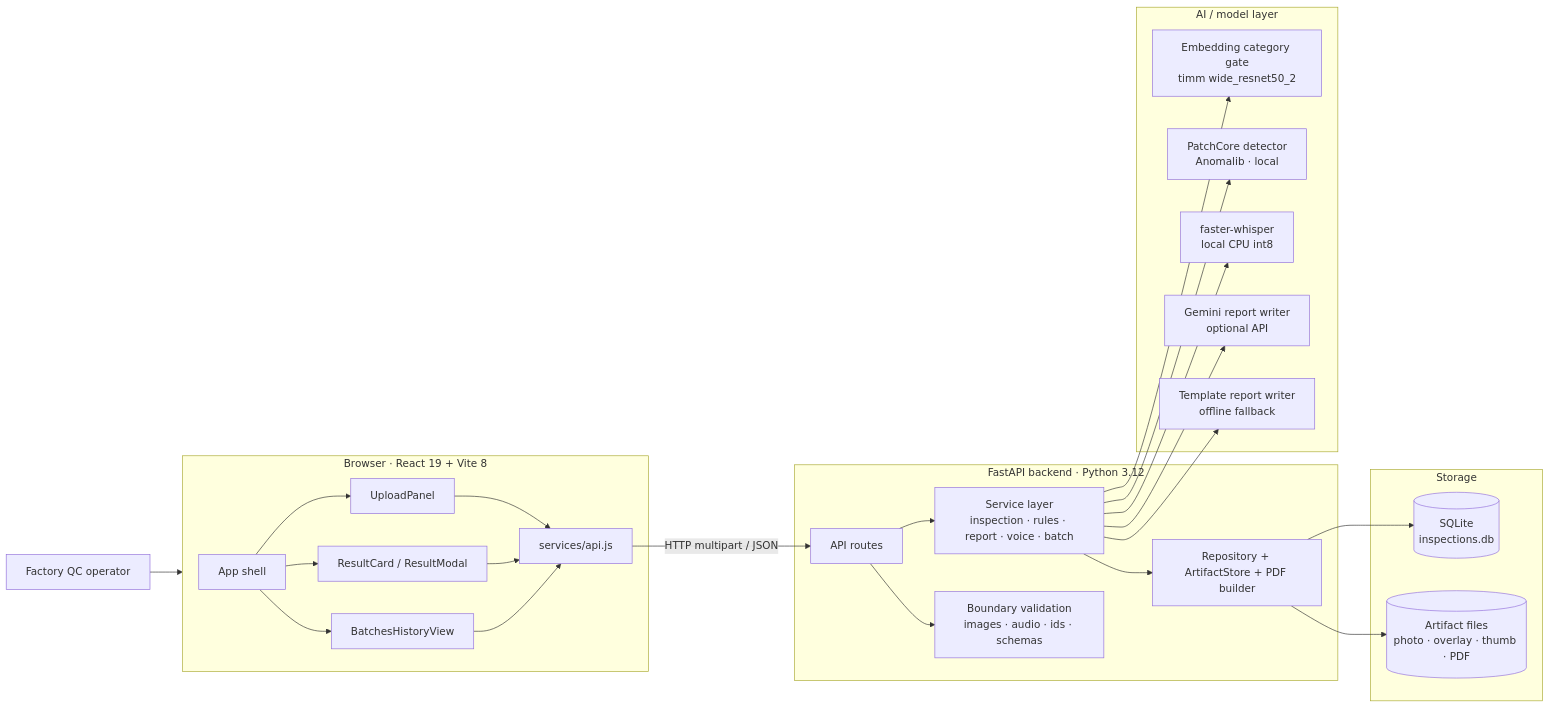
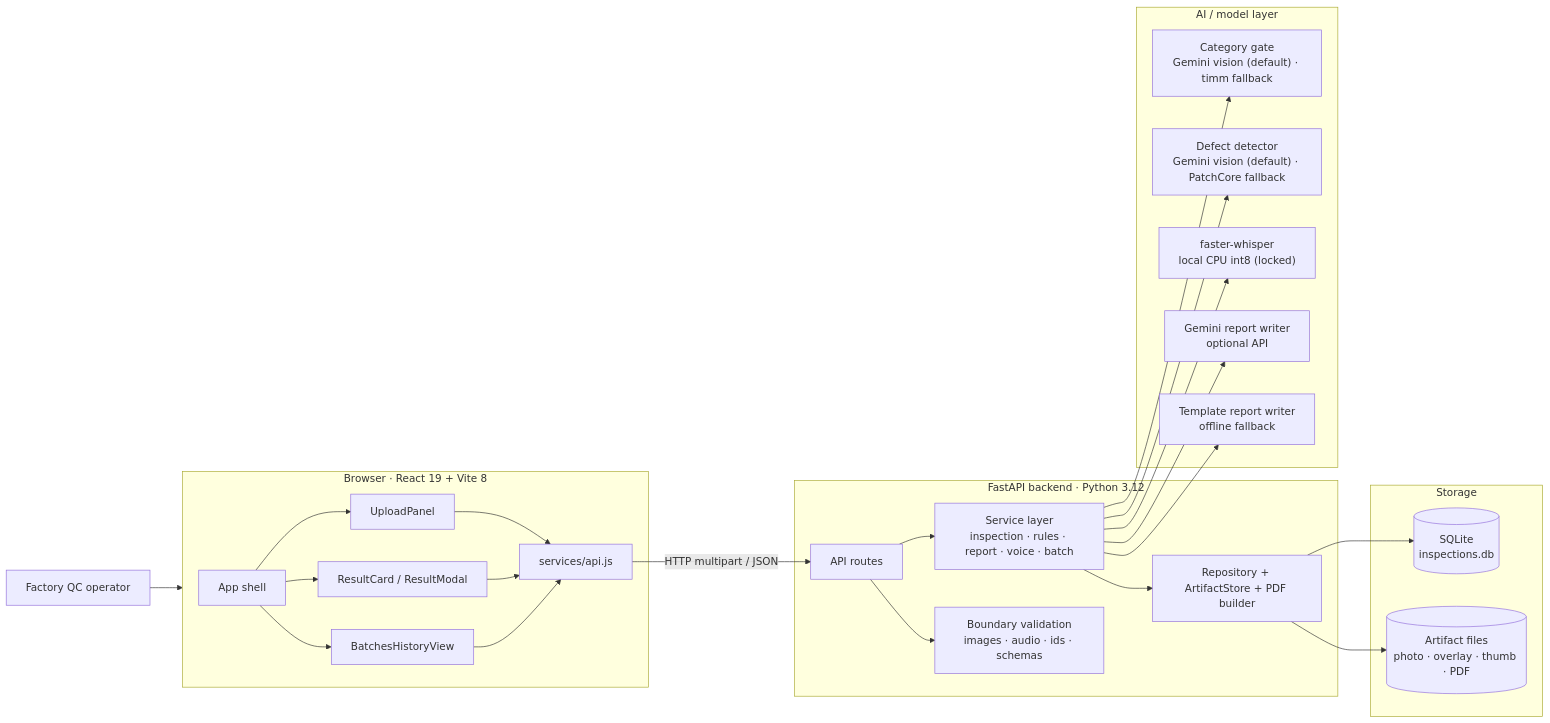
One commit to sara-wpbrigade/Visual-Defect-Inspector changed the first of 3 diagrams in docs/ARCHITECTURE.md. Above: the diagram before and after it, drawn with Mermaid. The commit also changed other lines of this file and 3 other files, not shown here.

Commit message:
Update README, architecture docs, diagram and test cases

````diff
--- a/docs/ARCHITECTURE.md
+++ b/docs/ARCHITECTURE.md
@@ -10,50 +10,50 @@
 ```mermaid
 flowchart LR
   Operator["Factory QC operator"] --> Browser
 
   subgraph Browser["Browser · React 19 + Vite 8"]
     Shell["App shell"]
     Upload["UploadPanel"]
     Result["ResultCard / ResultModal"]
     Batches["BatchesHistoryView"]
     Client["services/api.js"]
     Shell --> Upload
     Shell --> Result
     Shell --> Batches
     Upload --> Client
     Result --> Client
     Batches --> Client
   end
 
   subgraph Backend["FastAPI backend · Python 3.12"]
     Routes["API routes"]
     Services["Service layer<br/>inspection · rules · report · voice · batch"]
     Boundary["Boundary validation<br/>images · audio · ids · schemas"]
     Data["Repository + ArtifactStore + PDF builder"]
     Routes --> Boundary
     Routes --> Services
     Services --> Data
   end
 
-  subgraph Models["AI / model layer"]
-    Gate["Embedding category gate<br/>timm wide_resnet50_2"]
-    PatchCore["PatchCore detector<br/>Anomalib · local"]
-    Whisper["faster-whisper<br/>local CPU int8"]
+subgraph Models["AI / model layer"]
+    Gate["Category gate<br/>Gemini vision (default) · timm fallback"]
+    Detector["Defect detector<br/>Gemini vision (default) · PatchCore fallback"]
+    Whisper["faster-whisper<br/>local CPU int8 (locked)"]
     Gemini["Gemini report writer<br/>optional API"]
     Template["Template report writer<br/>offline fallback"]
   end
 
   subgraph Storage["Storage"]
     SQLite[("SQLite<br/>inspections.db")]
     Files[("Artifact files<br/>photo · overlay · thumb · PDF")]
   end
 
   Client -->|"HTTP multipart / JSON"| Routes
   Services --> Gate
-  Services --> PatchCore
+  Services --> Detector
   Services --> Whisper
   Services --> Gemini
   Services --> Template
   Data --> SQLite
   Data --> Files
 ```
````
